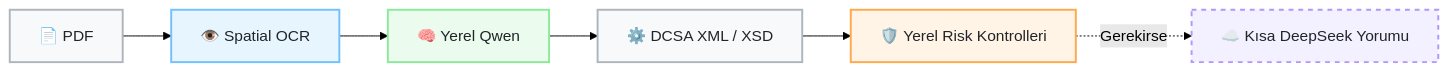
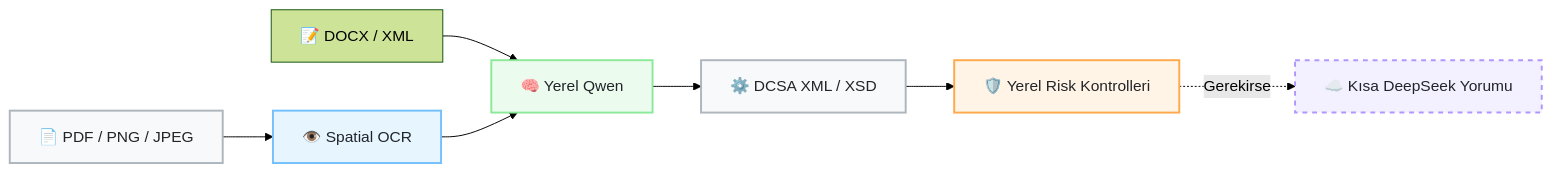
The diagram in README.md (mecik-arda/CerberusVision), drawn with Mermaid (forest theme) before and after one commit. The commit also changed other lines of this file and 20 other files, not shown here.

````diff
--- a/README.md
+++ b/README.md
@@ -12,15 +14,16 @@
 ```mermaid
 graph LR
-    A[📄 PDF] --> B[👁️ Spatial OCR]
+    A[📄 PDF / PNG / JPEG] --> B[👁️ Spatial OCR]
+    T[📝 DOCX / XML] --> C
     B --> C[🧠 Yerel Qwen]
     C --> D[⚙️ DCSA XML / XSD]
     D --> E[🛡️ Yerel Risk Kontrolleri]
     E -.->|Gerekirse| F[☁️ Kısa DeepSeek Yorumu]
 
     style A fill:#f8f9fa,stroke:#adb5bd,stroke-width:2px,color:#212529
     style B fill:#e7f5ff,stroke:#74c0fc,stroke-width:2px,color:#212529
     style C fill:#ebfbee,stroke:#8ce99a,stroke-width:2px,color:#212529
     style D fill:#f8f9fa,stroke:#adb5bd,stroke-width:2px,color:#212529
     style E fill:#fff4e6,stroke:#ffa94d,stroke-width:2px,color:#212529
     style F fill:#f3f0ff,stroke:#b197fc,stroke-width:2px,color:#212529,stroke-dasharray: 5 5
 ```
````
